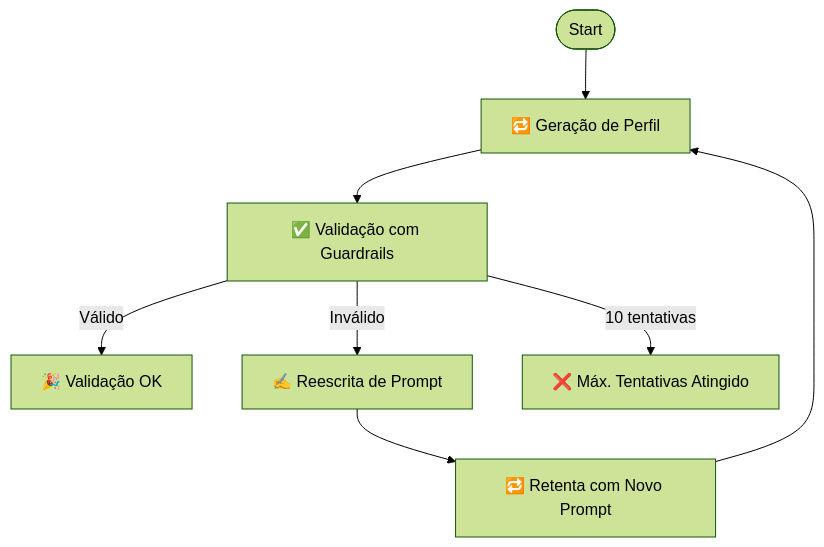
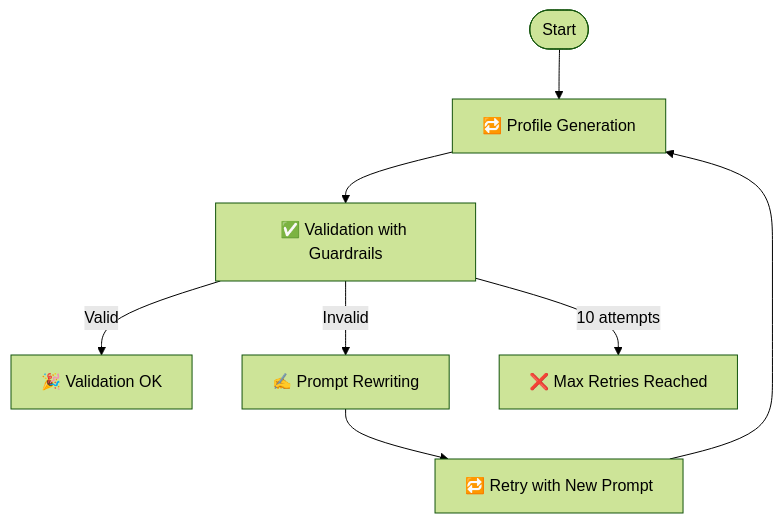
The diagram in readme.md (ahy-git/crewai_guardrails), drawn with Mermaid (forest theme) before and after one commit. The commit also changed other lines of this file, not shown here.

`````diff
--- a/readme.md
+++ b/readme.md
@@ -32,18 +32,18 @@
 ```mermaid
 flowchart TD
     Start([Start])
-    Gen[🔁 Geração de Perfil]
-    Validate[✅ Validação com Guardrails]
-    Success[🎉 Validação OK]
-    Rewrite[✍️ Reescrita de Prompt]
-    Retry[🔁 Retenta com Novo Prompt]
-    Fail[❌ Máx. Tentativas Atingido]
+    Gen[🔁 Profile Generation]
+    Validate[✅ Validation with Guardrails]
+    Success[🎉 Validation OK]
+    Rewrite[✍️ Prompt Rewriting]
+    Retry[🔁 Retry with New Prompt]
+    Fail[❌ Max Retries Reached]
 
     Start --> Gen
     Gen --> Validate
-    Validate -->|Válido| Success
-    Validate -->|Inválido| Rewrite
+    Validate -->|Valid| Success
+    Validate -->|Invalid| Rewrite
     Rewrite --> Retry
     Retry --> Gen
-    Validate -->|10 tentativas| Fail
+    Validate -->|10 attempts| Fail
 ````
`````
